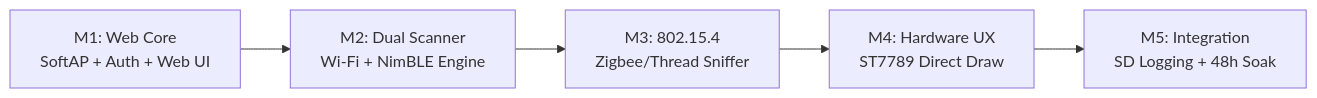
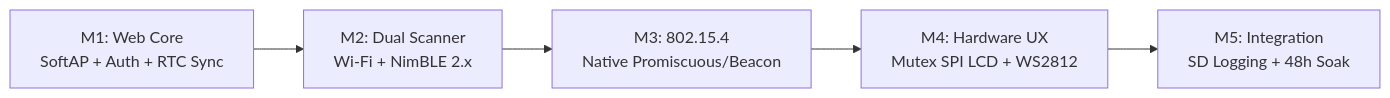
The third of 3 diagrams in lafvin/design.md (ChipCLee/esp32), drawn with Mermaid before and after one commit. The commit also changed other lines of this file, not shown here.

Commit message:
Resolve all 6 validation gaps in design.md (SPI mutex, channel-interleaved coex, IDF 5.x/Arduino 3.x, native 802.15.4, RTC sync)

````diff
--- a/lafvin/design.md
+++ b/lafvin/design.md
@@ -313,7 +361,7 @@
 ```mermaid
 flowchart LR
-    M1["M1: Web Core<br>SoftAP + Auth + Web UI"] --> M2["M2: Dual Scanner<br>Wi-Fi + NimBLE Engine"]
-    M2 --> M3["M3: 802.15.4<br>Zigbee/Thread Sniffer"]
-    M3 --> M4["M4: Hardware UX<br>ST7789 Direct Draw"]
+    M1["M1: Web Core<br>SoftAP + Auth + RTC Sync"] --> M2["M2: Dual Scanner<br>Wi-Fi + NimBLE 2.x"]
+    M2 --> M3["M3: 802.15.4<br>Native Promiscuous/Beacon"]
+    M3 --> M4["M4: Hardware UX<br>Mutex SPI LCD + WS2812"]
     M4 --> M5["M5: Integration<br>SD Logging + 48h Soak"]
 ```
````
